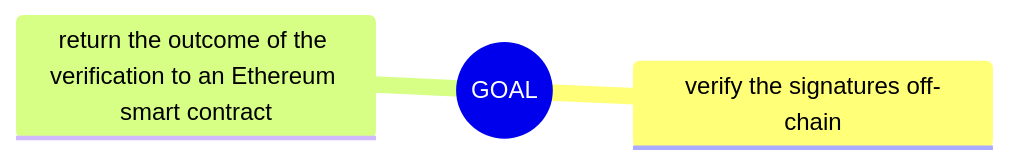
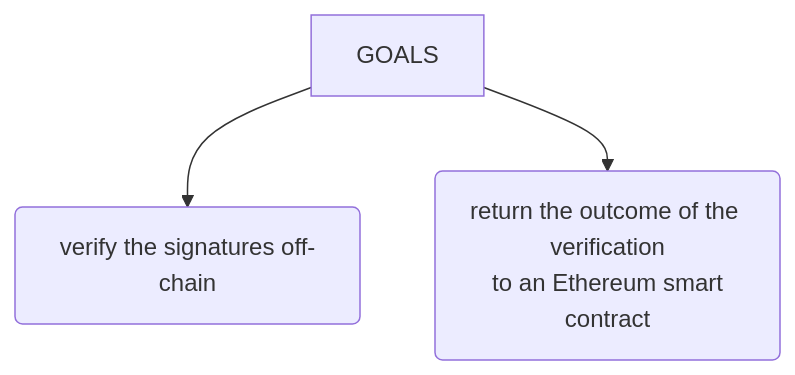
Before and after one commit to dyne/zenswarm-oracle: the first of 3 diagrams in use-cases/dao-oracle.md, drawn with Mermaid.

Commit message:
change unsupported diagram

````diff
--- a/use-cases/dao-oracle.md
+++ b/use-cases/dao-oracle.md
@@ -5,6 +5,5 @@
 ```mermaid
-mindmap
-  root((GOAL))
-    verify the signatures off-chain
-    return the outcome of the verification to an Ethereum smart contract
+flowchart TD
+    A[GOALS] --> B(verify the signatures off-chain)
+    A[GOALS] --> C(return the outcome of the verification\n to an Ethereum smart contract)
 ```
````
